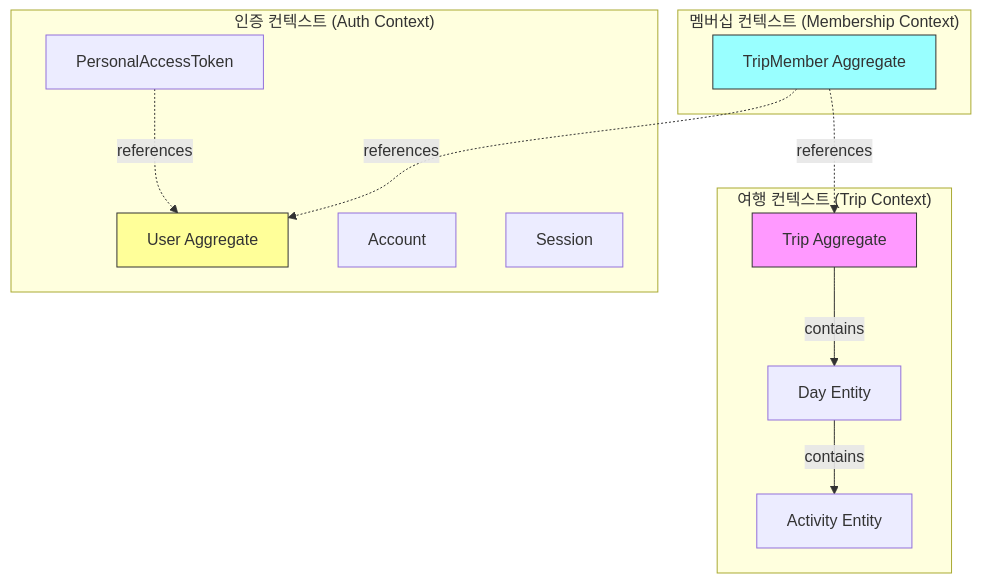
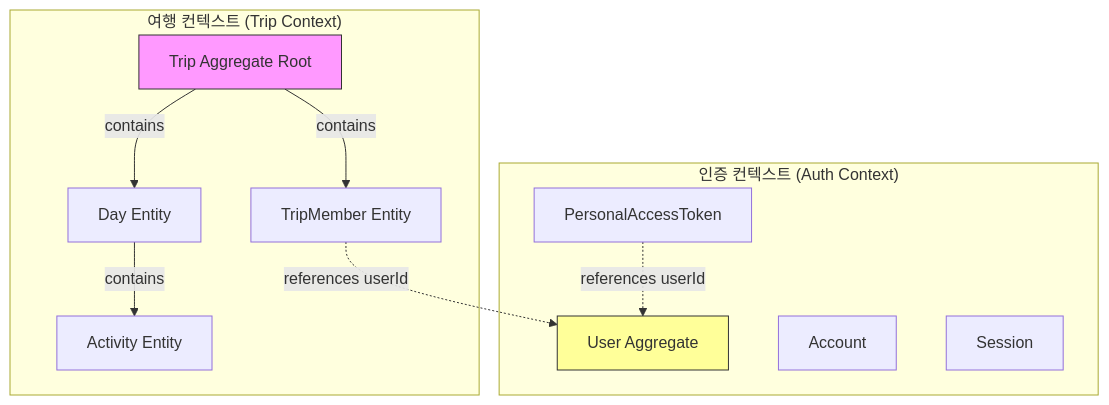
One commit to idean3885/trip-planner changed the first of 4 diagrams in docs/DOMAIN.md. Above: the diagram before and after it, drawn with Mermaid. The commit also changed other lines of this file, not shown here.

First line of the commit message:
docs: DOMAIN.md 스펙 기준 재작성 — 멤버십→여행 컨텍스트 통합, 용어 정렬

````diff
--- a/docs/DOMAIN.md
+++ b/docs/DOMAIN.md
@@ -7,29 +7,25 @@
 ```mermaid
 graph TB
     subgraph "여행 컨텍스트 (Trip Context)"
-        TA[Trip Aggregate]
+        TA[Trip Aggregate Root]
         DA[Day Entity]
         AA[Activity Entity]
-    end
-
-    subgraph "멤버십 컨텍스트 (Membership Context)"
-        MA[TripMember Aggregate]
+        TM[TripMember Entity]
     end
 
     subgraph "인증 컨텍스트 (Auth Context)"
         UA[User Aggregate]
         AC[Account]
         SE[Session]
         PA[PersonalAccessToken]
     end
 
     TA -->|contains| DA
     DA -->|contains| AA
-    MA -.->|references| TA
-    MA -.->|references| UA
-    PA -.->|references| UA
+    TA -->|contains| TM
+    TM -.->|references userId| UA
+    PA -.->|references userId| UA
 
     style TA fill:#f9f,stroke:#333
-    style MA fill:#9ff,stroke:#333
     style UA fill:#ff9,stroke:#333
 ```
````
